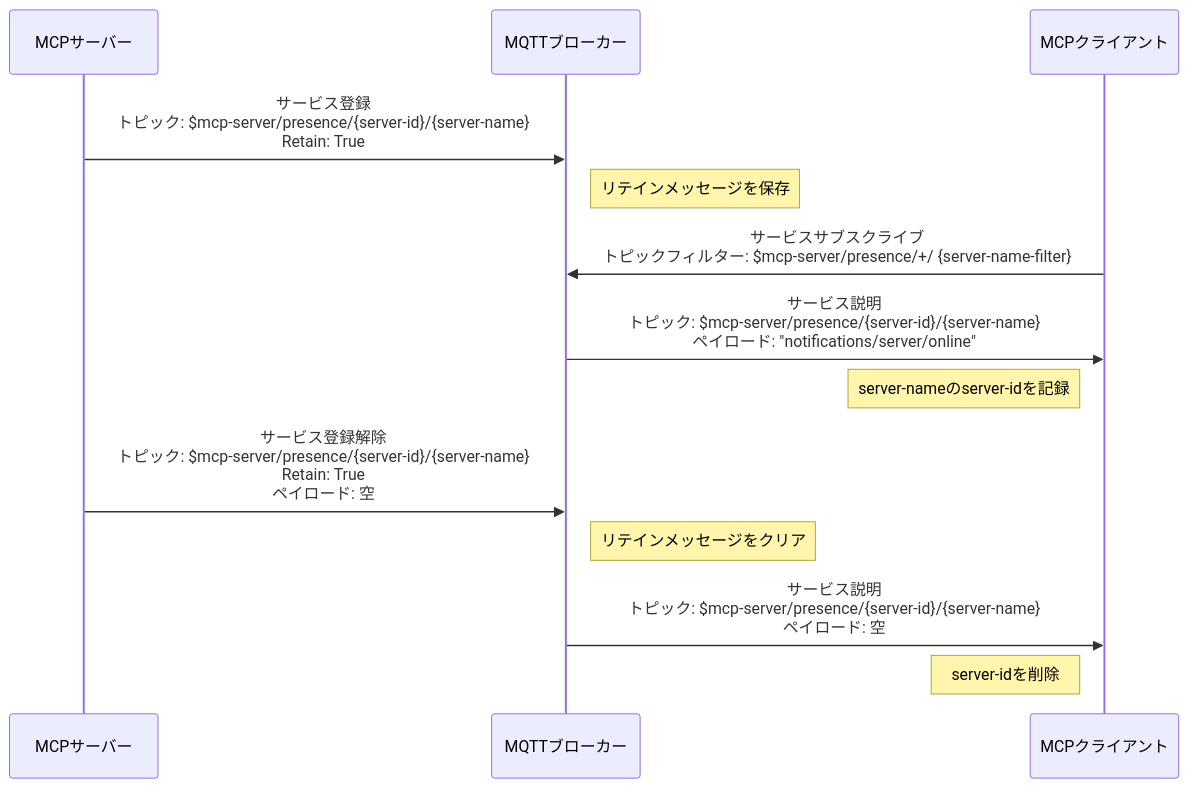
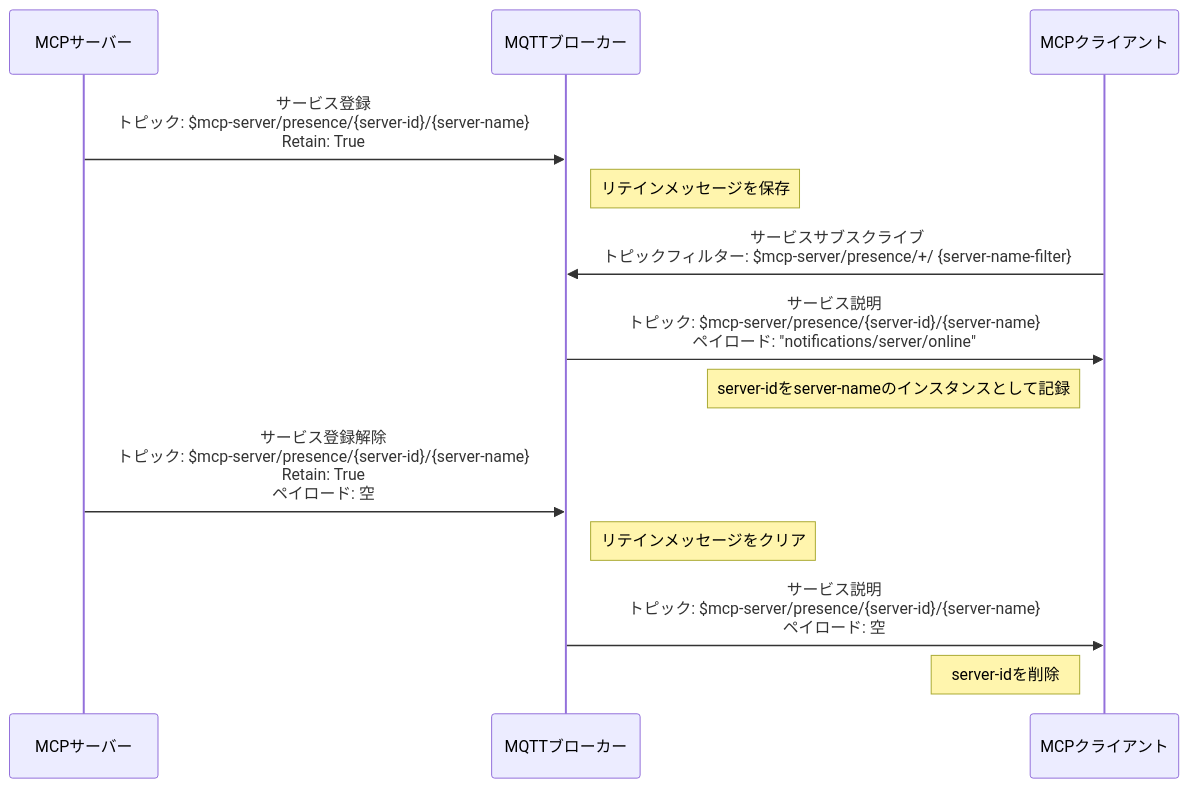
The first of 4 diagrams in ja_JP/develop/emqx-ai/mcp-over-mqtt/specification.md (emqx/emqx-docs), drawn with Mermaid before and after one commit. The commit also changed other lines of this file and 401 other files, not shown here.

````diff
--- a/ja_JP/develop/emqx-ai/mcp-over-mqtt/specification.md
+++ b/ja_JP/develop/emqx-ai/mcp-over-mqtt/specification.md
@@ -208,20 +206,20 @@
 ```mermaid
 sequenceDiagram
     participant MCP_Server as MCPサーバー
     participant MQTT_Broker as MQTTブローカー
     participant MCP_Client as MCPクライアント
 
     MCP_Server ->> MQTT_Broker: サービス登録<br/>トピック: $mcp-server/presence/{server-id}/{server-name}<br/>Retain: True
     Note right of MQTT_Broker: リテインメッセージを保存
 
     MCP_Client ->> MQTT_Broker: サービスサブスクライブ<br/>トピックフィルター: $mcp-server/presence/+/ {server-name-filter}
 
     MQTT_Broker ->> MCP_Client: サービス説明<br/>トピック: $mcp-server/presence/{server-id}/{server-name}<br/>ペイロード: "notifications/server/online"
-    Note left of MCP_Client: server-nameのserver-idを記録
+    Note left of MCP_Client: server-idをserver-nameのインスタンスとして記録
 
     MCP_Server ->> MQTT_Broker: サービス登録解除<br/>トピック: $mcp-server/presence/{server-id}/{server-name}<br/>Retain: True<br/>ペイロード: 空
     Note right of MQTT_Broker: リテインメッセージをクリア
 
     MQTT_Broker ->> MCP_Client: サービス説明<br/>トピック: $mcp-server/presence/{server-id}/{server-name}<br/>ペイロード: 空
     Note left of MCP_Client: server-idを削除
 ```
````
